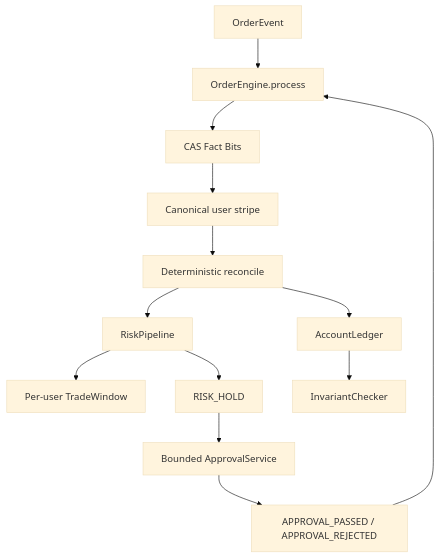
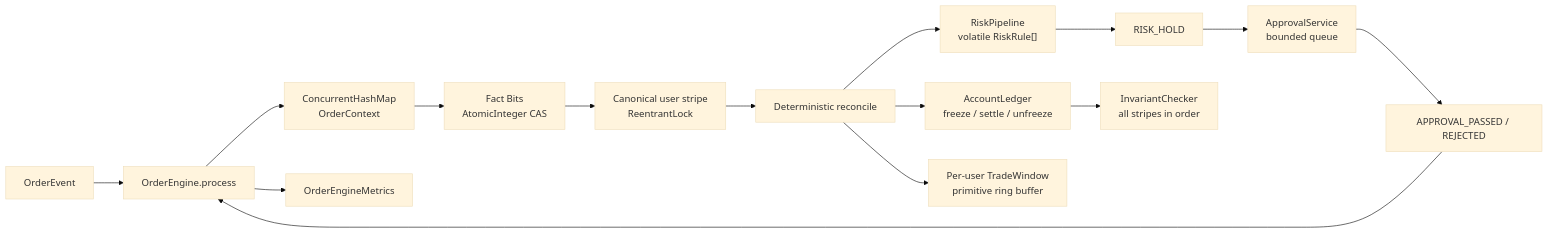
The diagram in README.md (YANSHAO0032/cex-core-engine), drawn with Mermaid (base theme) before and after one commit. The commit also changed other lines of this file, not shown here.

````diff
--- a/README.md
+++ b/README.md
@@ -32,15 +86,17 @@
 ```mermaid
-flowchart TD
-    E[OrderEvent] --> OE[OrderEngine.process]
-    OE --> F[CAS Fact Bits]
-    F --> L[Canonical user stripe]
-    L --> R[Deterministic reconcile]
-    R --> RP[RiskPipeline]
-    R --> AL[AccountLedger]
-    RP --> TW[Per-user TradeWindow]
-    RP --> AH[RISK_HOLD]
-    AH --> AS[Bounded ApprovalService]
-    AS --> AP[APPROVAL_PASSED / APPROVAL_REJECTED]
-    AP --> OE
-    AL --> INV[InvariantChecker]
+flowchart LR
+    E["OrderEvent"] --> I["OrderEngine.process"]
+    I --> M["ConcurrentHashMap<br/>OrderContext"]
+    M --> F["Fact Bits<br/>AtomicInteger CAS"]
+    F --> L["Canonical user stripe<br/>ReentrantLock"]
+    L --> R["Deterministic reconcile"]
+    R --> S["RiskPipeline<br/>volatile RiskRule[]"]
+    R --> A["AccountLedger<br/>freeze / settle / unfreeze"]
+    R --> W["Per-user TradeWindow<br/>primitive ring buffer"]
+    S --> H["RISK_HOLD"]
+    H --> Q["ApprovalService<br/>bounded queue"]
+    Q --> P["APPROVAL_PASSED / REJECTED"]
+    P --> I
+    A --> C["InvariantChecker<br/>all stripes in order"]
+    I --> X["OrderEngineMetrics"]
 ```
````
